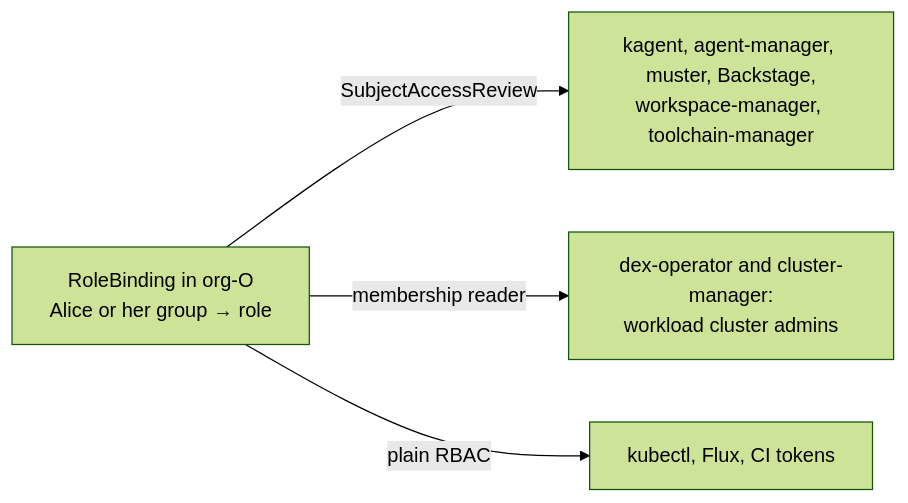
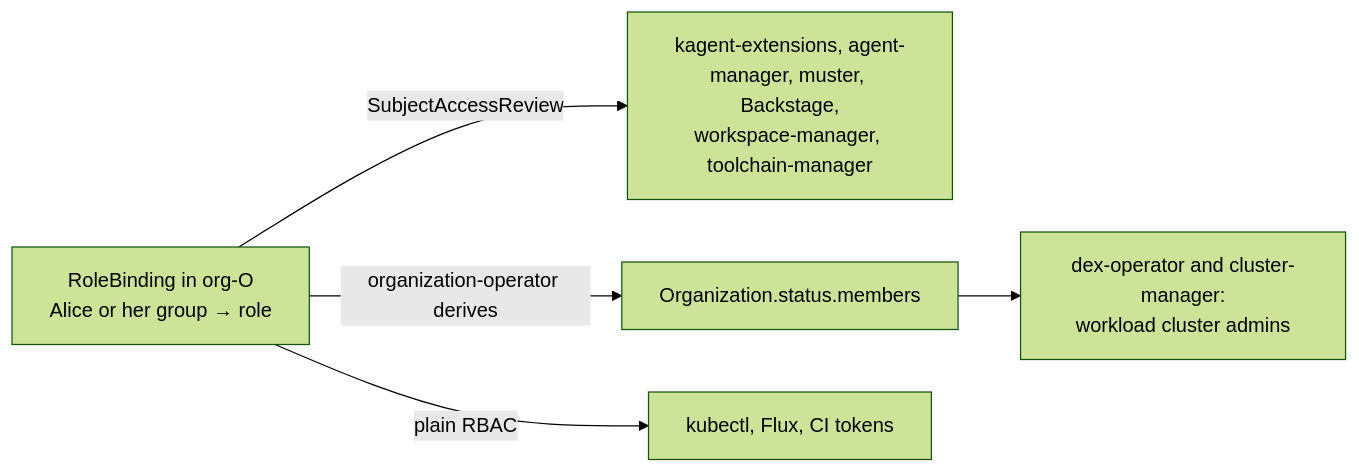
The second of 5 diagrams in organization-roles/README.md (giantswarm/rfc), drawn with Mermaid (forest theme) before and after one commit. The commit also changed other lines of this file, not shown here.

First line of the commit message:
Rework organization-roles RFC after security and architecture review

````diff
--- a/organization-roles/README.md
+++ b/organization-roles/README.md
@@ -82,7 +82,8 @@
 ```mermaid
 flowchart LR
   RB["RoleBinding in org-O<br/>Alice or her group → role"]
-  RB -->|SubjectAccessReview| A[kagent, agent-manager, muster, Backstage,<br/>workspace-manager, toolchain-manager]
-  RB -->|membership reader| B[dex-operator and cluster-manager:<br/>workload cluster admins]
+  RB -->|SubjectAccessReview| A[kagent-extensions, agent-manager, muster, Backstage,<br/>workspace-manager, toolchain-manager]
+  RB -->|organization-operator derives| ST["Organization.status.members"]
+  ST --> B[dex-operator and cluster-manager:<br/>workload cluster admins]
   RB -->|plain RBAC| C[kubectl, Flux, CI tokens]
 ```
````
